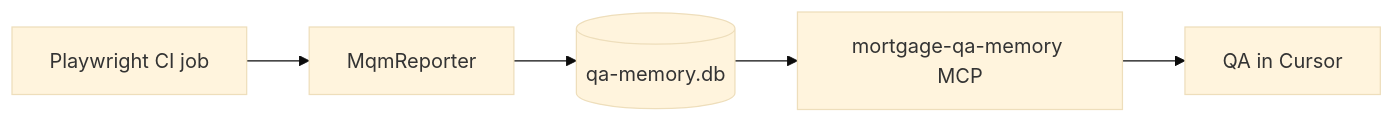
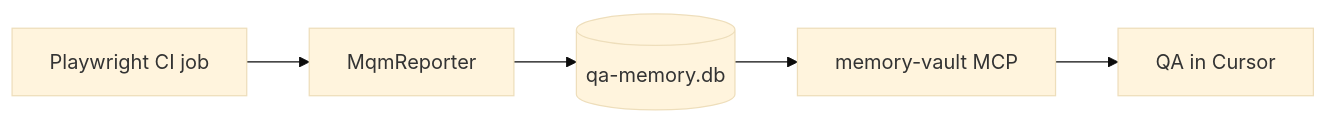
One commit to BraveToaster123/naf-memory-vault changed the diagram in docs/FLOW2-INTEGRATION.md. Above: the diagram before and after it, drawn with Mermaid (base theme). The commit also changed other lines of this file and 49 other files, not shown here.

````diff
--- a/docs/FLOW2-INTEGRATION.md
+++ b/docs/FLOW2-INTEGRATION.md
@@ -7,10 +7,10 @@
 ```mermaid
 flowchart LR
   CI[Playwright CI job]
   REP[MqmReporter]
   DB[(qa-memory.db)]
-  MCP[mortgage-qa-memory MCP]
+  MCP[memory-vault MCP]
   QA[QA in Cursor]
   CI --> REP --> DB
   DB --> MCP --> QA
 ```
````
